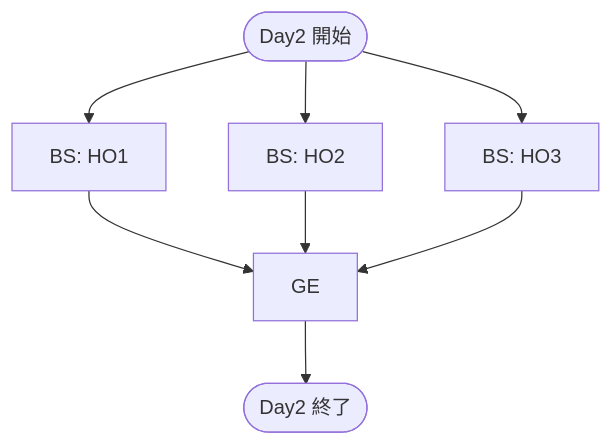
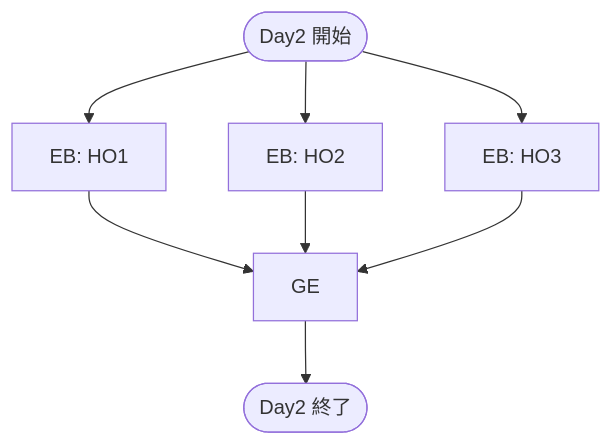
Before and after one commit to KarasuTatehi/last-resort-disturbance: the second of 2 diagrams in specs/routing.md, drawn with Mermaid. The commit also changed other lines of this file, not shown here.

Commit message:
specs/routing.md updated from https://stackedit.io/

````diff
--- a/specs/routing.md
+++ b/specs/routing.md
@@ -34,14 +34,14 @@
 ```mermaid
 flowchart TD
 D2S([Day2 開始])
-HO1-D2-EB["BS: HO1"]
-HO2-D2-EB["BS: HO2"]
-HO3-D2-EB["BS: HO3"]
+HO1-D2-EB["EB: HO1"]
+HO2-D2-EB["EB: HO2"]
+HO3-D2-EB["EB: HO3"]
 D2-GE["GE"]
 D2E([Day2 終了])
 
 D2S -->
 HO1-D2-EB & HO2-D2-EB & HO3-D2-EB -->
 D2-GE -->
 D2E
 ```
````
